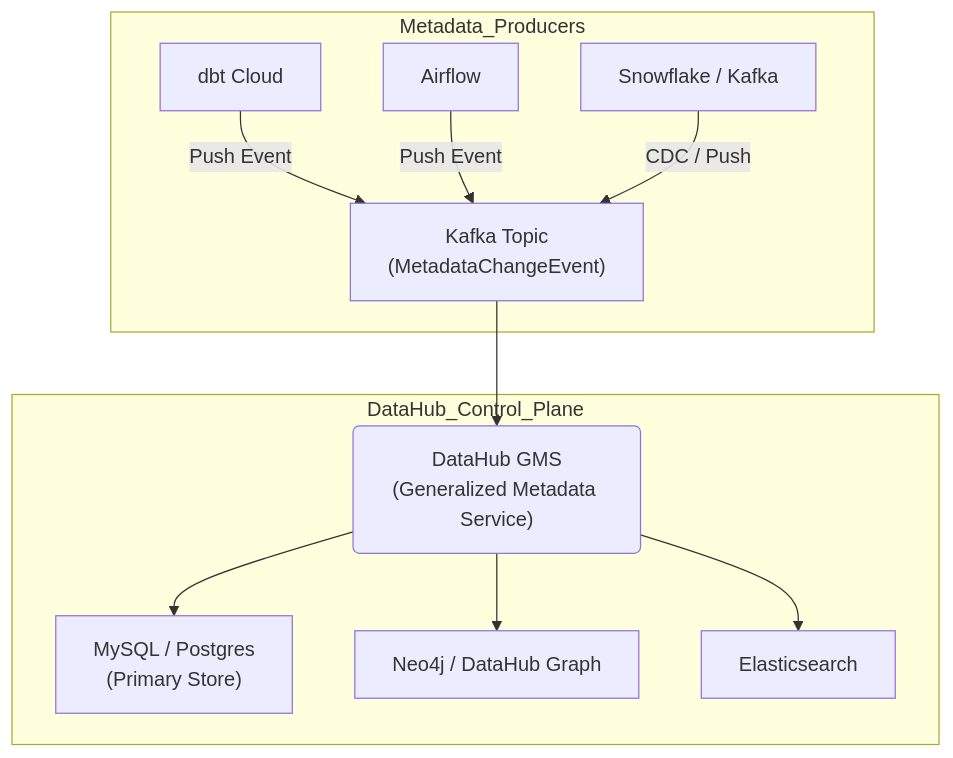
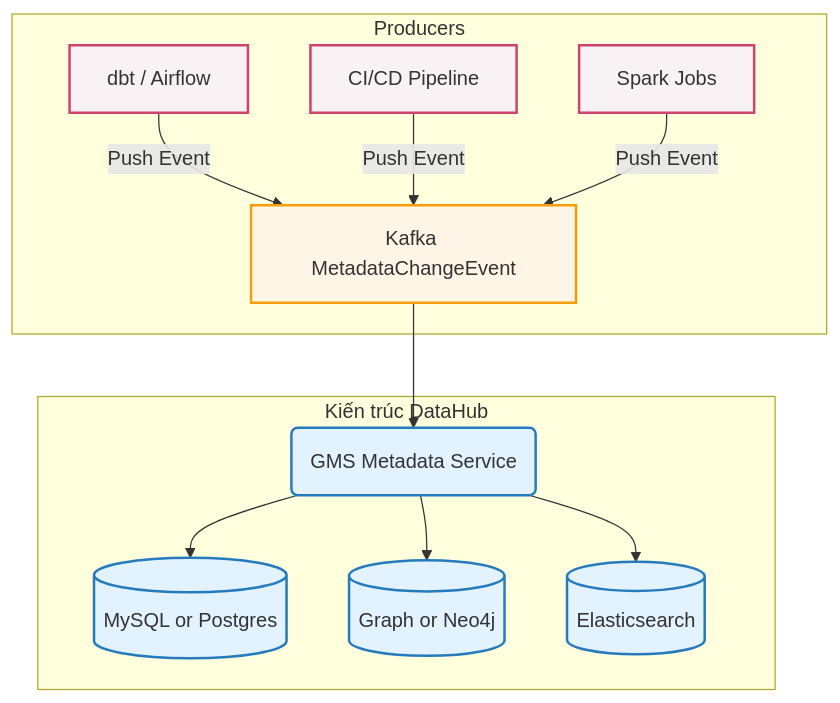
One commit to kythuatdulieu/kythuatdulieu.github.io changed the second of 2 diagrams in src/content/docs/concepts/8-security-governance-finops/data-catalog.md. Above: the diagram before and after it, drawn with Mermaid. The commit also changed other lines of this file and 1 other file, not shown here.

Commit message:
rewrite(8-security-governance-finops): data-catalog

````diff
--- a/src/content/docs/concepts/8-security-governance-finops/data-catalog.md
+++ b/src/content/docs/concepts/8-security-governance-finops/data-catalog.md
@@ -68,22 +86,26 @@
 ```mermaid
 graph TD
-    subgraph Metadata_Producers
-        A["dbt Cloud"] -->|Push Event| K
-        B["Airflow"] -->|Push Event| K
-        C["Snowflake / Kafka"] -->|CDC / Push| K
+    classDef source fill:#f9f2f4,stroke:#d0446b,stroke-width:2px;
+    classDef event fill:#fff5e6,stroke:#f59e0b,stroke-width:2px;
+    classDef control fill:#e2f2ff,stroke:#267bbc,stroke-width:2px;
+
+    subgraph Metadata_Producers ["Producers"]
+        A["dbt / Airflow"]:::source -->|Push Event| K
+        B["CI/CD Pipeline"]:::source -->|Push Event| K
+        C["Spark Jobs"]:::source -->|Push Event| K
     end
     
-    K["Kafka Topic\n(MetadataChangeEvent)"]
+    K["Kafka MetadataChangeEvent"]:::event
     
-    subgraph DataHub_Control_Plane
-        D("DataHub GMS\n(Generalized Metadata Service)")
-        E["MySQL / Postgres\n(Primary Store)"]
-        F["Neo4j / DataHub Graph"]
-        G["Elasticsearch"]
+    subgraph DataHub_Control_Plane ["Kiến trúc DataHub"]
+        D("GMS Metadata Service"):::control
+        E[("MySQL or Postgres")]:::control
+        F[("Graph or Neo4j")]:::control
+        G[("Elasticsearch")]:::control
     end
     
     K --> D
     D --> E
     D --> F
     D --> G
 ```
````
